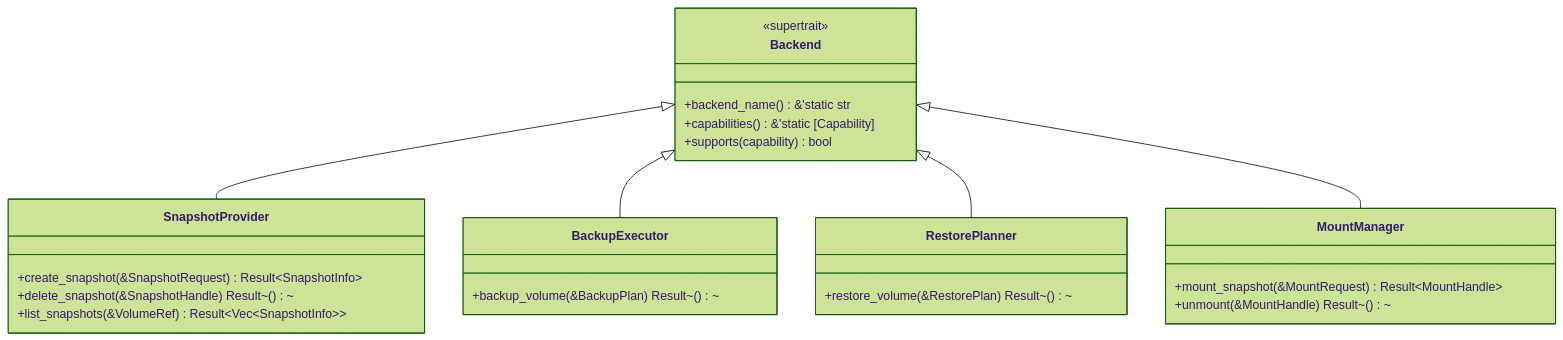
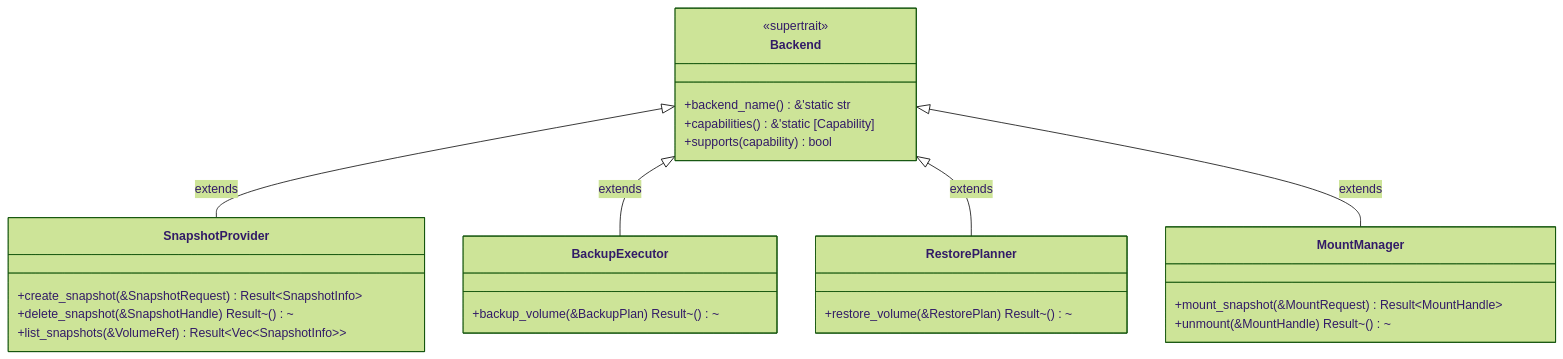
One commit to XUranus/vpt-rs changed the second of 4 diagrams in wiki/docs/concepts/traits.md. Above: the diagram before and after it, drawn with Mermaid (forest theme). The commit also changed other lines of this file and 52 other files, not shown here.

First line of the commit message:
Enhance wiki: mermaid rendering, detailed content, i18n (zh-Hans)

````diff
--- a/wiki/docs/concepts/traits.md
+++ b/wiki/docs/concepts/traits.md
@@ -8,33 +78,33 @@
 ```mermaid
 classDiagram
     class Backend {
         <<supertrait>>
         +backend_name() &'static str
         +capabilities() &'static [Capability]
         +supports(capability) bool
     }
 
     class SnapshotProvider {
         +create_snapshot(&SnapshotRequest) Result~SnapshotInfo~
         +delete_snapshot(&SnapshotHandle) Result~()~
         +list_snapshots(&VolumeRef) Result~Vec~SnapshotInfo~~
     }
 
     class BackupExecutor {
         +backup_volume(&BackupPlan) Result~()~
     }
 
     class RestorePlanner {
         +restore_volume(&RestorePlan) Result~()~
     }
 
     class MountManager {
         +mount_snapshot(&MountRequest) Result~MountHandle~
         +unmount(&MountHandle) Result~()~
     }
 
-    Backend <|-- SnapshotProvider
-    Backend <|-- BackupExecutor
-    Backend <|-- RestorePlanner
-    Backend <|-- MountManager
+    Backend <|-- SnapshotProvider : extends
+    Backend <|-- BackupExecutor : extends
+    Backend <|-- RestorePlanner : extends
+    Backend <|-- MountManager : extends
 ```
````
